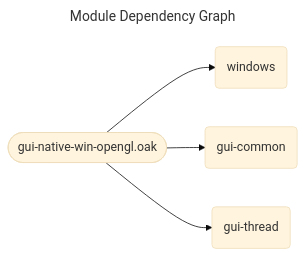
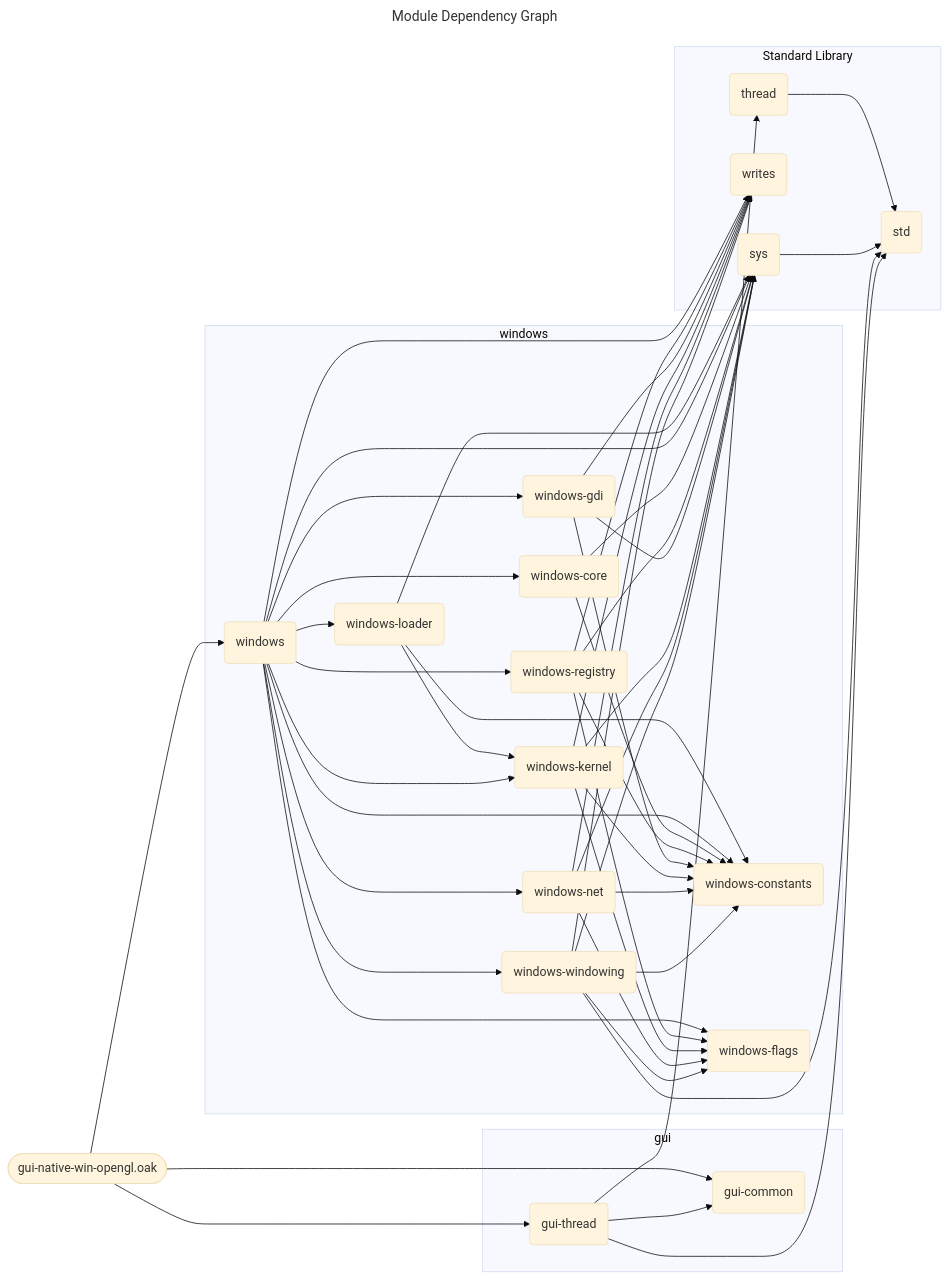
One commit to SpcFORK/magnolia changed the diagram in docs/spec/gui-native-win-opengl.mmd. Above: the diagram before and after it, drawn with Mermaid (base theme). The commit also changed 176 other files, not shown here.

First line of the commit message:
Enhance module dependency graphs and improve rendering logic

```diff
--- a/docs/spec/gui-native-win-opengl.mmd
+++ b/docs/spec/gui-native-win-opengl.mmd
@@ -1,11 +1,71 @@
 ---
 title: Module Dependency Graph
 ---
 flowchart LR
     lib_gui_native_win_opengl_oak(["gui-native-win-opengl.oak"])
-    windows("windows")
-    gui_common("gui-common")
-    gui_thread("gui-thread")
+    windows_loader --> sys
+    windows_loader --> windows_constants
+    windows_loader --> windows_kernel
     lib_gui_native_win_opengl_oak --> windows
     lib_gui_native_win_opengl_oak --> gui_common
     lib_gui_native_win_opengl_oak --> gui_thread
+    windows --> sys
+    windows --> writes
+    windows --> windows_constants
+    windows --> windows_flags
+    windows --> windows_registry
+    windows --> windows_net
+    windows --> windows_windowing
+    windows --> windows_gdi
+    windows --> windows_kernel
+    windows --> windows_loader
+    windows --> windows_core
+    windows_core --> sys
+    windows_core --> windows_constants
+    windows_registry --> sys
+    windows_registry --> writes
+    windows_registry --> windows_constants
+    windows_registry --> windows_flags
+    windows_gdi --> sys
+    windows_gdi --> writes
+    windows_gdi --> windows_constants
+    thread --> std
+    windows_kernel --> sys
+    windows_kernel --> writes
+    windows_kernel --> windows_constants
+    windows_kernel --> windows_flags
+    sys --> std
+    windows_net --> sys
+    windows_net --> writes
+    windows_net --> windows_constants
+    windows_net --> windows_flags
+    windows_windowing --> sys
+    windows_windowing --> writes
+    windows_windowing --> windows_constants
+    windows_windowing --> windows_flags
+    windows_windowing --> std
+    gui_thread --> std
+    gui_thread --> thread
+    gui_thread --> gui_common
+    subgraph stdlib_windows ["windows"]
+        windows_loader("windows-loader")
+        windows("windows")
+        windows_core("windows-core")
+        windows_registry("windows-registry")
+        windows_flags("windows-flags")
+        windows_gdi("windows-gdi")
+        windows_kernel("windows-kernel")
+        windows_constants("windows-constants")
+        windows_net("windows-net")
+        windows_windowing("windows-windowing")
+    end
+    subgraph stdlib_gui ["gui"]
+        gui_common("gui-common")
+        gui_thread("gui-thread")
+    end
+    subgraph stdlib_core ["Standard Library"]
+        std("std")
+        writes("writes")
+        thread("thread")
+        sys("sys")
+    end
```
